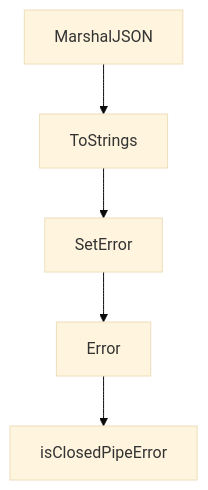
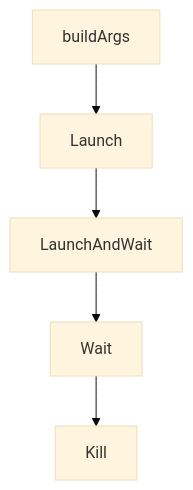
Before and after one commit to johnxie/awesome-code-docs: the diagram in tutorials/humanlayer-tutorial/03-context-engineering-workflows.md, drawn with Mermaid (base theme). The commit also changed other lines of this file and 1232 other files, not shown here.

````diff
--- a/tutorials/humanlayer-tutorial/03-context-engineering-workflows.md
+++ b/tutorials/humanlayer-tutorial/03-context-engineering-workflows.md
@@ -197,12 +209,12 @@
 ```mermaid
 flowchart TD
-    A[MarshalJSON]
-    B[ToStrings]
-    C[SetError]
-    D[Error]
-    E[isClosedPipeError]
+    A[buildArgs]
+    B[Launch]
+    C[LaunchAndWait]
+    D[Wait]
+    E[Kill]
     A --> B
     B --> C
     C --> D
     D --> E
 ```
````
